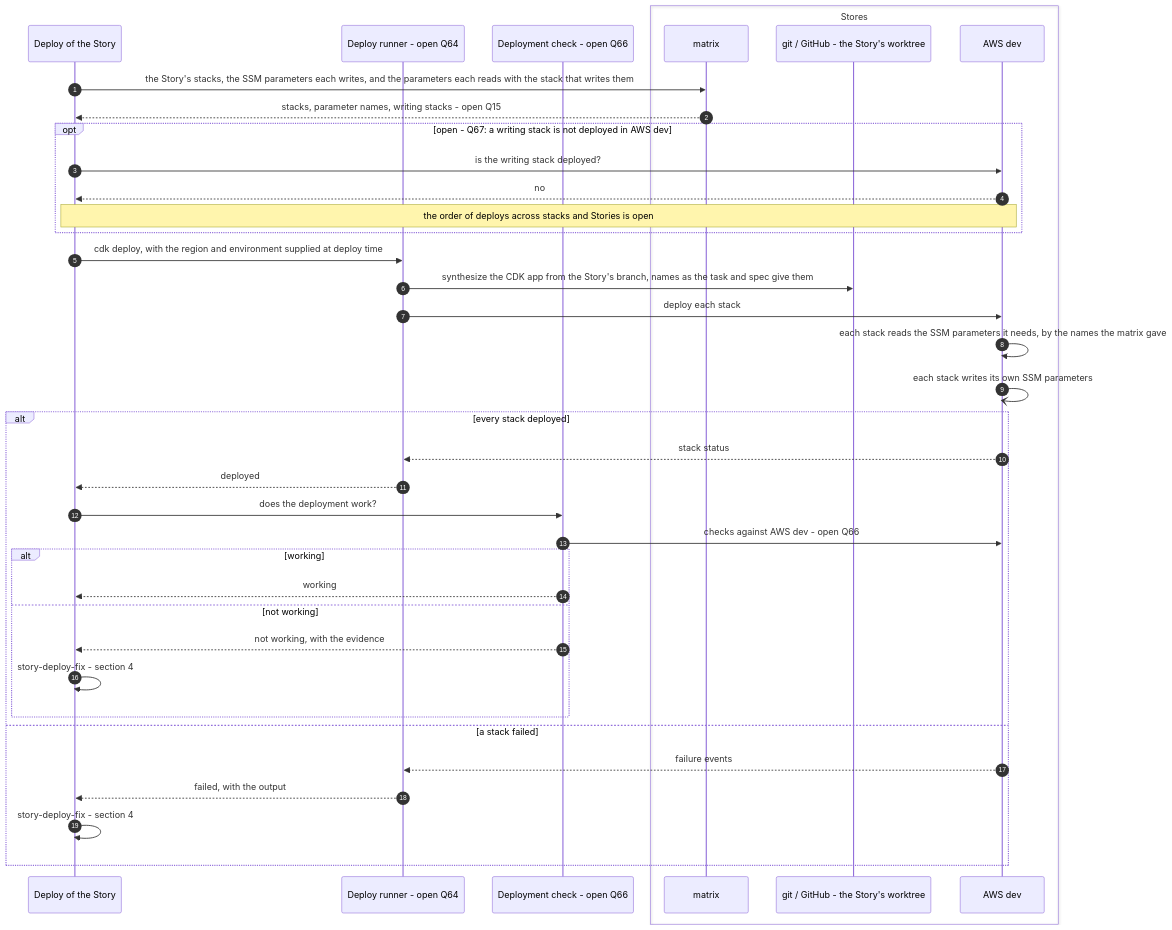
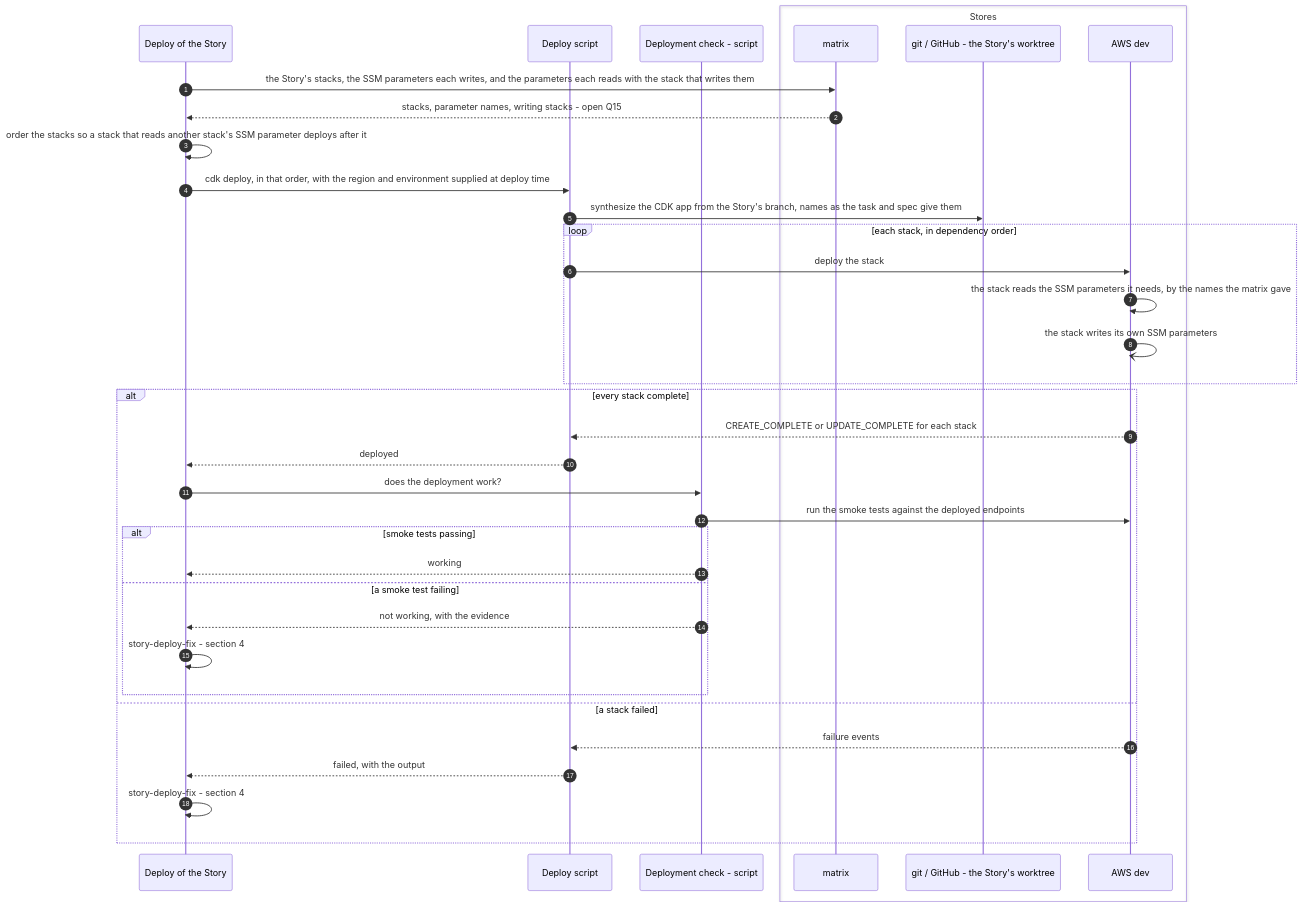
The third of 9 diagrams in plugins/agent-teams-workforce/blueprint/design/pipelines-deploy.md (mark-satterfield/toolset), drawn with Mermaid before and after one commit. The commit also changed other lines of this file and 2 other files, not shown here.

First line of the commit message:
docs(blueprint): decide the driver, PRD and deploy questions that are not the owner's

````diff
--- a/plugins/agent-teams-workforce/blueprint/design/pipelines-deploy.md
+++ b/plugins/agent-teams-workforce/blueprint/design/pipelines-deploy.md
@@ -195,41 +213,39 @@
 ```mermaid
 sequenceDiagram
     autonumber
     participant DW as Deploy of the Story
-    participant RUN as Deploy runner - open Q64
-    participant CHK as Deployment check - open Q66
+    participant RUN as Deploy script
+    participant CHK as Deployment check - script
     box Stores
         participant MX as matrix
         participant G as git / GitHub - the Story's worktree
         participant AWS as AWS dev
     end
 
     DW->>MX: the Story's stacks, the SSM parameters each writes, and the parameters each reads with the stack that writes them
     MX-->>DW: stacks, parameter names, writing stacks - open Q15
-    opt open - Q67: a writing stack is not deployed in AWS dev
-        DW->>AWS: is the writing stack deployed?
-        AWS-->>DW: no
-        Note over DW,AWS: the order of deploys across stacks and Stories is open
+    DW->>DW: order the stacks so a stack that reads another stack's SSM parameter deploys after it
+    DW->>RUN: cdk deploy, in that order, with the region and environment supplied at deploy time
+    RUN->>G: synthesize the CDK app from the Story's branch, names as the task and spec give them
+    loop each stack, in dependency order
+        RUN->>AWS: deploy the stack
+        AWS->>AWS: the stack reads the SSM parameters it needs, by the names the matrix gave
+        AWS-)AWS: the stack writes its own SSM parameters
     end
-    DW->>RUN: cdk deploy, with the region and environment supplied at deploy time
-    RUN->>G: synthesize the CDK app from the Story's branch, names as the task and spec give them
-    RUN->>AWS: deploy each stack
-    AWS->>AWS: each stack reads the SSM parameters it needs, by the names the matrix gave
-    AWS-)AWS: each stack writes its own SSM parameters
-    alt every stack deployed
-        AWS-->>RUN: stack status
+    alt every stack complete
+        AWS-->>RUN: CREATE_COMPLETE or UPDATE_COMPLETE for each stack
         RUN-->>DW: deployed
         DW->>CHK: does the deployment work?
-        CHK->>AWS: checks against AWS dev - open Q66
-        alt working
+        CHK->>AWS: run the smoke tests against the deployed endpoints
+        alt smoke tests passing
             CHK-->>DW: working
-        else not working
+        else a smoke test failing
             CHK-->>DW: not working, with the evidence
             DW->>DW: story-deploy-fix - section 4
         end
     else a stack failed
         AWS-->>RUN: failure events
         RUN-->>DW: failed, with the output
         DW->>DW: story-deploy-fix - section 4
     end
 ```
````
